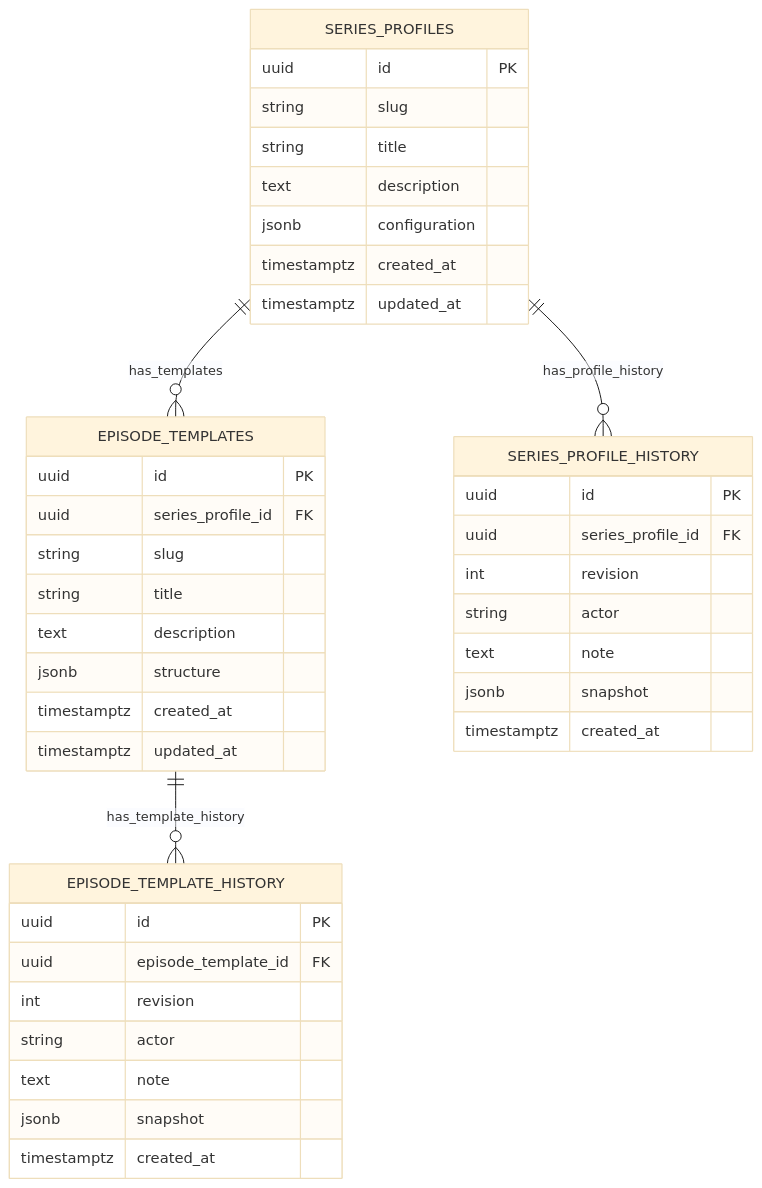
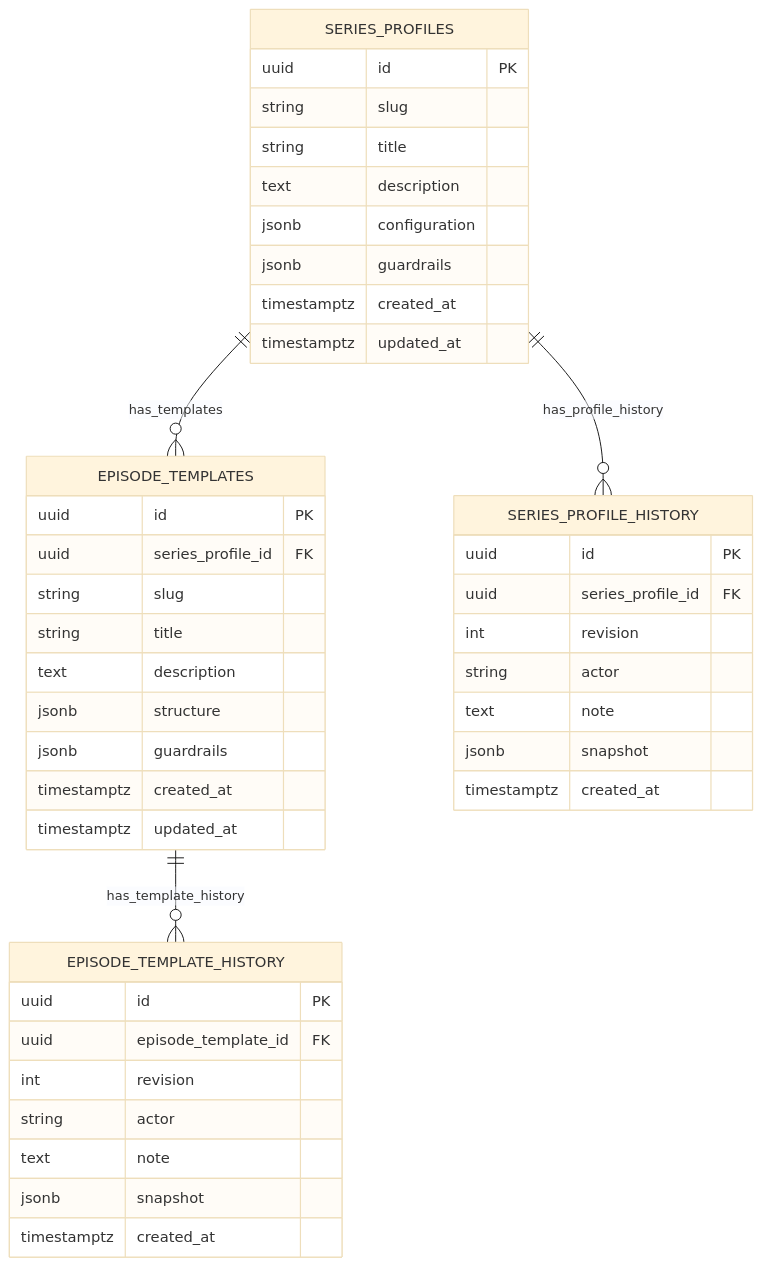
The ninth of 13 diagrams in docs/episodic-podcast-generation-system-design.md (leynos/episodic), drawn with Mermaid (base theme) before and after one commit. The commit also changed other lines of this file and 46 other files, not shown here.

````diff
--- a/docs/episodic-podcast-generation-system-design.md
+++ b/docs/episodic-podcast-generation-system-design.md
@@ -988,47 +995,49 @@
 ```mermaid
 erDiagram
     SERIES_PROFILES {
         uuid id PK
         string slug
         string title
         text description
         jsonb configuration
+        jsonb guardrails
         timestamptz created_at
         timestamptz updated_at
     }
 
     EPISODE_TEMPLATES {
         uuid id PK
         uuid series_profile_id FK
         string slug
         string title
         text description
         jsonb structure
+        jsonb guardrails
         timestamptz created_at
         timestamptz updated_at
     }
 
     SERIES_PROFILE_HISTORY {
         uuid id PK
         uuid series_profile_id FK
         int revision
         string actor
         text note
         jsonb snapshot
         timestamptz created_at
     }
 
     EPISODE_TEMPLATE_HISTORY {
         uuid id PK
         uuid episode_template_id FK
         int revision
         string actor
         text note
         jsonb snapshot
         timestamptz created_at
     }
 
     SERIES_PROFILES ||--o{ EPISODE_TEMPLATES : has_templates
     SERIES_PROFILES ||--o{ SERIES_PROFILE_HISTORY : has_profile_history
     EPISODE_TEMPLATES ||--o{ EPISODE_TEMPLATE_HISTORY : has_template_history
 ```
````
